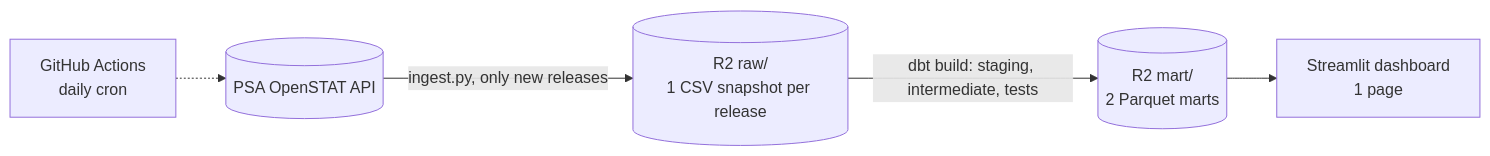
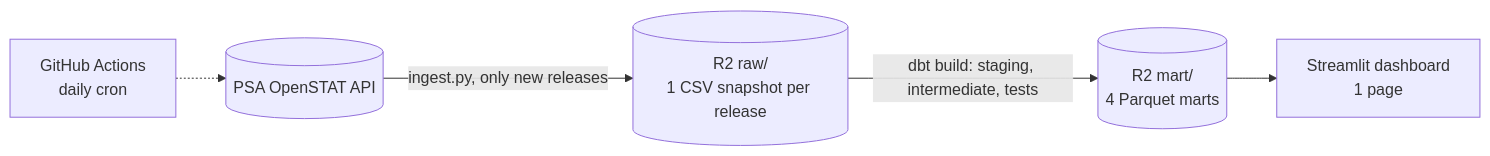
Before and after one commit to crylz-z/Agri-Price-Intelligence-Platform: the diagram in README.md, drawn with Mermaid. The commit also changed other lines of this file and 15 other files, not shown here.

````diff
--- a/README.md
+++ b/README.md
@@ -9,7 +9,7 @@
 ```mermaid
 graph LR
     PSA[("PSA OpenSTAT API")] -->|ingest.py, only new releases| RAW[("R2 raw/<br/>1 CSV snapshot per release")]
-    RAW -->|dbt build: staging, intermediate, tests| MART[("R2 mart/<br/>2 Parquet marts")]
+    RAW -->|dbt build: staging, intermediate, tests| MART[("R2 mart/<br/>4 Parquet marts")]
     MART --> UI["Streamlit dashboard<br/>1 page"]
     CRON["GitHub Actions<br/>daily cron"] -.-> PSA
 ```
````
